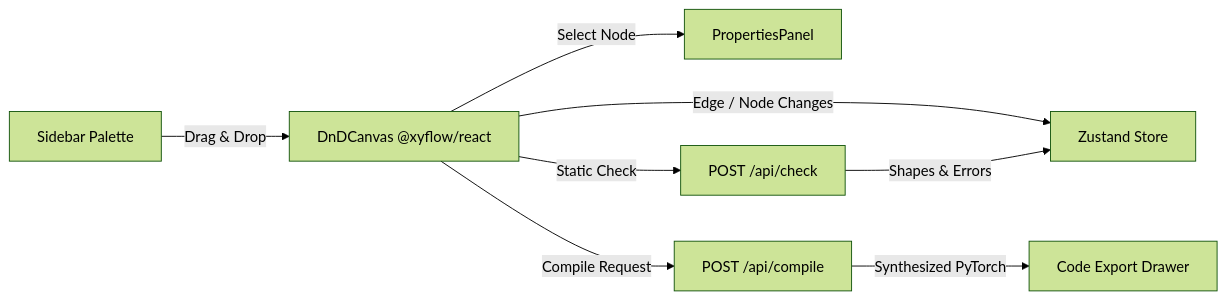
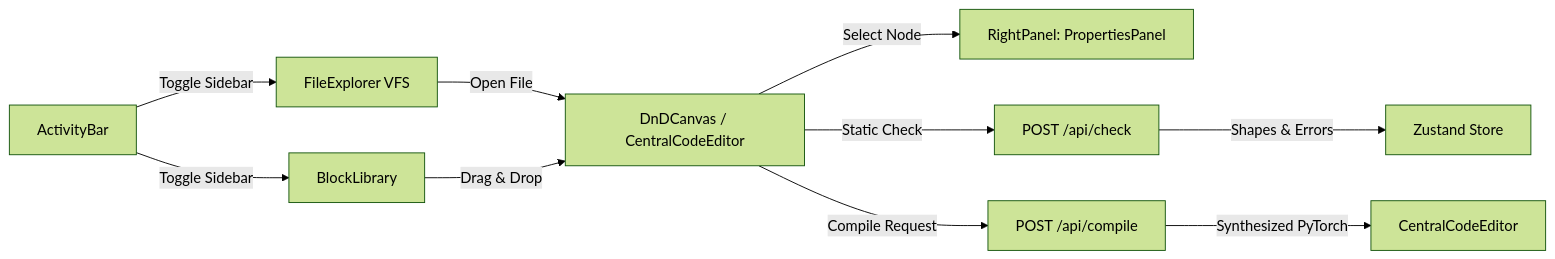
Before and after one commit to srinjoy-2005/ArchIDE: the diagram in docs/frontend/architecture.md, drawn with Mermaid (forest theme). The commit also changed other lines of this file and 25 other files, not shown here.

Commit message:
feat(ide): add central python editor, dedicated inspector, submodule compiler upgrades and unified project schema

````diff
--- a/docs/frontend/architecture.md
+++ b/docs/frontend/architecture.md
@@ -26,10 +28,11 @@
 ```mermaid
 flowchart LR
-    Palette[Sidebar Palette] -->|Drag & Drop| Canvas[DnDCanvas @xyflow/react]
-    Canvas -->|Select Node| Inspector[PropertiesPanel]
-    Canvas -->|Edge / Node Changes| Store[Zustand Store]
+    ActivityBar[ActivityBar] -->|Toggle Sidebar| VFS[FileExplorer VFS] & Palette[BlockLibrary]
+    VFS -->|Open File| Canvas[DnDCanvas / CentralCodeEditor]
+    Palette -->|Drag & Drop| Canvas
+    Canvas -->|Select Node| Inspector[RightPanel: PropertiesPanel]
     Canvas -->|Static Check| API_Check[POST /api/check]
     Canvas -->|Compile Request| API_Compile[POST /api/compile]
-    API_Check -->|Shapes & Errors| Store
-    API_Compile -->|Synthesized PyTorch| CodeDrawer[Code Export Drawer]
+    API_Check -->|Shapes & Errors| Store[Zustand Store]
+    API_Compile -->|Synthesized PyTorch| CentralCode[CentralCodeEditor]
 ```
````
